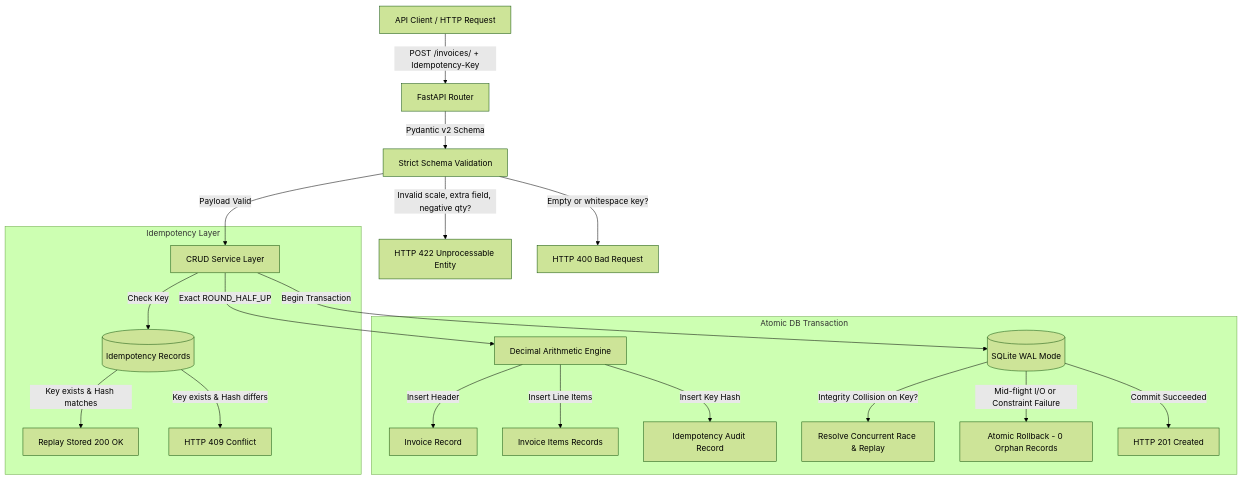
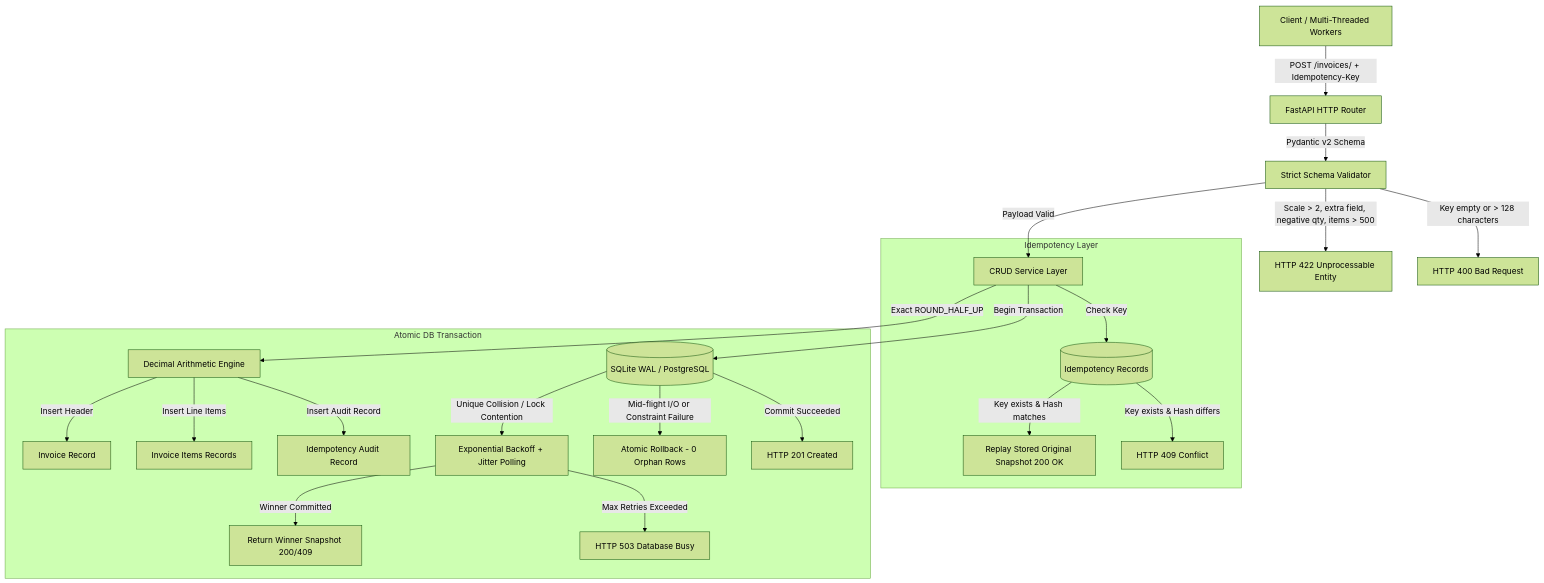
The diagram in README.md (udaykarra/invoice-management-api), drawn with Mermaid (forest theme) before and after one commit. The commit also changed other lines of this file and 54 other files, not shown here.

````diff
--- a/README.md
+++ b/README.md
@@ -37,25 +68,27 @@
 ```mermaid
 flowchart TD
-    Client[API Client / HTTP Request] -->|POST /invoices/ + Idempotency-Key| Router[FastAPI Router]
-    Router -->|Pydantic v2 Schema| Validator[Strict Schema Validation]
-    Validator -->|Invalid scale, extra field, negative qty?| Reject422[HTTP 422 Unprocessable Entity]
-    Validator -->|Empty or whitespace key?| Reject400[HTTP 400 Bad Request]
+    Client[Client / Multi-Threaded Workers] -->|POST /invoices/ + Idempotency-Key| Router[FastAPI HTTP Router]
+    Router -->|Pydantic v2 Schema| Validator[Strict Schema Validator]
+    Validator -->|Scale > 2, extra field, negative qty, items > 500| Reject422[HTTP 422 Unprocessable Entity]
+    Validator -->|Key empty or > 128 characters| Reject400[HTTP 400 Bad Request]
     Validator -->|Payload Valid| Service[CRUD Service Layer]
     
     subgraph Idempotency Layer
         Service -->|Check Key| IdemTable[(Idempotency Records)]
-        IdemTable -->|Key exists & Hash matches| Replay[Replay Stored 200 OK]
+        IdemTable -->|Key exists & Hash matches| Replay[Replay Stored Original Snapshot 200 OK]
         IdemTable -->|Key exists & Hash differs| Conflict409[HTTP 409 Conflict]
     end
 
     subgraph Atomic DB Transaction
-        Service -->|Begin Transaction| DB[(SQLite WAL Mode)]
+        Service -->|Begin Transaction| DB[(SQLite WAL / PostgreSQL)]
         Service -->|Exact ROUND_HALF_UP| Engine[Decimal Arithmetic Engine]
         Engine -->|Insert Header| InvRow[Invoice Record]
         Engine -->|Insert Line Items| ItemRows[Invoice Items Records]
-        Engine -->|Insert Key Hash| IdemInsert[Idempotency Audit Record]
-        DB -->|Integrity Collision on Key?| HandleRace[Resolve Concurrent Race & Replay]
-        DB -->|Mid-flight I/O or Constraint Failure| Rollback[Atomic Rollback - 0 Orphan Records]
+        Engine -->|Insert Audit Record| IdemInsert[Idempotency Audit Record]
+        DB -->|Unique Collision / Lock Contention| RetryEngine[Exponential Backoff + Jitter Polling]
+        RetryEngine -->|Winner Committed| ReplayWinner[Return Winner Snapshot 200/409]
+        RetryEngine -->|Max Retries Exceeded| Busy503[HTTP 503 Database Busy]
+        DB -->|Mid-flight I/O or Constraint Failure| Rollback[Atomic Rollback - 0 Orphan Rows]
         DB -->|Commit Succeeded| Return201[HTTP 201 Created]
     end
 ```
````
